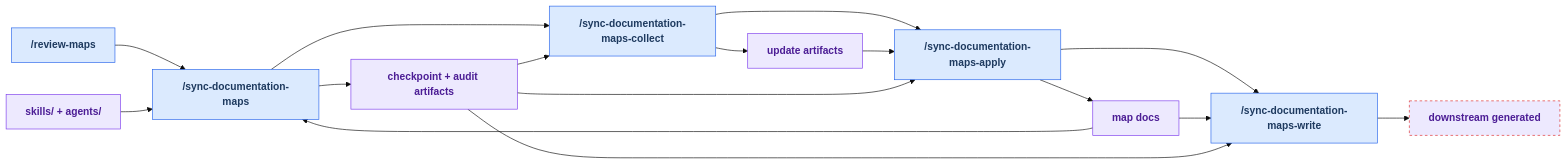
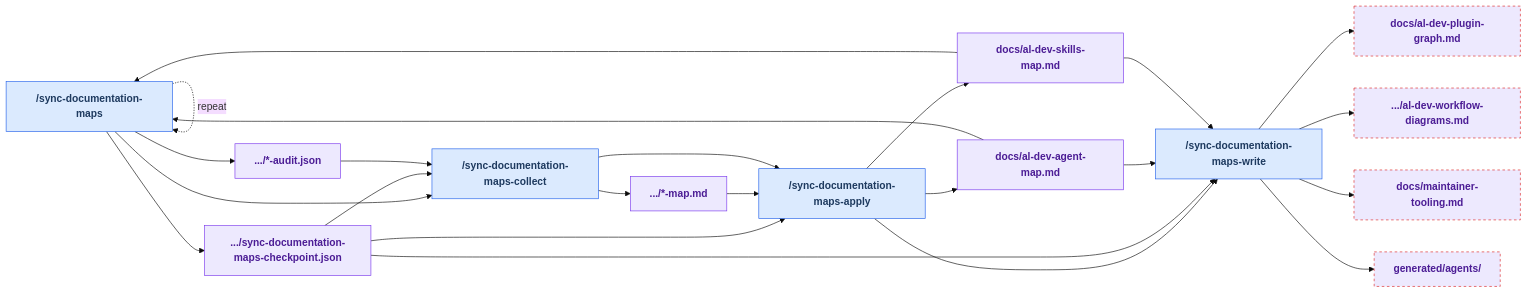
The second of 7 diagrams in docs/maintainer-tooling.md (russell-laing/al-dev-shared), drawn with Mermaid (base theme) before and after one commit. The commit also changed other lines of this file and 2 other files, not shown here.

Commit message:
refactor(tooling): merge review-maps into sync-documentation-maps as --no-update
review-maps was a 2-phase thin wrapper that added only a --no-update print path.
sync-documentation-maps now accepts --no-update directly; review-maps is removed.
Trigger phrases and Quick Reference updated. Closes ledger row 373.

````diff
--- a/docs/maintainer-tooling.md
+++ b/docs/maintainer-tooling.md
@@ -188,46 +184,59 @@
 ```mermaid
 flowchart LR
     classDef userSkill fill:#dbeafe,stroke:#2563eb,color:#1e3a5f,font-weight:bold
     classDef internalSkill fill:#f3f4f6,stroke:#6b7280,color:#374151,stroke-dasharray:5 5,font-weight:bold
     classDef artifact fill:#ede9fe,stroke:#7c3aed,color:#4c1d95,font-weight:bold
     classDef orphanArtifact fill:#ede9fe,stroke:#dc2626,color:#4c1d95,stroke-dasharray:4 4,font-weight:bold
     classDef manualStep fill:#fef3c7,stroke:#d97706,color:#78350f,font-weight:bold
 
-    skill_review_maps["/review-maps"]
     skill_sync_documentation_maps["/sync-documentation-maps"]
+    skill_sync_documentation_maps_apply["/sync-documentation-maps-apply"]
     skill_sync_documentation_maps_collect["/sync-documentation-maps-collect"]
-    skill_sync_documentation_maps_apply["/sync-documentation-maps-apply"]
     skill_sync_documentation_maps_write["/sync-documentation-maps-write"]
-    art_source_dirs["skills/ + agents/"]
-    art_map_docs["map docs"]
-    art_async_checkpoint["checkpoint + audit artifacts"]
-    art_update_artifacts["update artifacts"]
-    art_downstream_generated["downstream generated"]
+    art__dev_sync_documentation_maps_checkpoint_json[".../sync-documentation-maps-checkpoint.json"]
+    art__dev_sync_documentation_maps_runs___audit___audit_json[".../*-audit.json"]
+    art__dev_sync_documentation_maps_runs___updates___map_md[".../*-map.md"]
+    art_docs_al_dev_agent_map_md["docs/al-dev-agent-map.md"]
+    art_docs_al_dev_plugin_graph_md["docs/al-dev-plugin-graph.md"]
+    art_docs_al_dev_skills_map_md["docs/al-dev-skills-map.md"]
+    art_docs_al_dev_workflow_diagrams_md[".../al-dev-workflow-diagrams.md"]
+    art_docs_maintainer_tooling_md["docs/maintainer-tooling.md"]
+    art_profile_al_dev_shared_generated_agents_["generated/agents/"]
 
-    skill_review_maps --> skill_sync_documentation_maps
-    art_source_dirs --> skill_sync_documentation_maps
-    art_map_docs --> skill_sync_documentation_maps
-    skill_sync_documentation_maps --> art_async_checkpoint
+    art_docs_al_dev_agent_map_md --> skill_sync_documentation_maps
+    art_docs_al_dev_skills_map_md --> skill_sync_documentation_maps
+    skill_sync_documentation_maps --> art__dev_sync_documentation_maps_checkpoint_json
+    skill_sync_documentation_maps --> art__dev_sync_documentation_maps_runs___audit___audit_json
     skill_sync_documentation_maps --> skill_sync_documentation_maps_collect
-    art_async_checkpoint --> skill_sync_documentation_maps_collect
-    skill_sync_documentation_maps_collect --> art_update_artifacts
+    skill_sync_documentation_maps -. "repeat" .-> skill_sync_documentation_maps
+    art__dev_sync_documentation_maps_checkpoint_json --> skill_sync_documentation_maps_apply
+    art__dev_sync_documentation_maps_runs___updates___map_md --> skill_sync_documentation_maps_apply
+    skill_sync_documentation_maps_apply --> art_docs_al_dev_agent_map_md
+    skill_sync_documentation_maps_apply --> art_docs_al_dev_skills_map_md
+    skill_sync_documentation_maps_apply --> skill_sync_documentation_maps_write
+    art__dev_sync_documentation_maps_checkpoint_json --> skill_sync_documentation_maps_collect
+    art__dev_sync_documentation_maps_runs___audit___audit_json --> skill_sync_documentation_maps_collect
+    skill_sync_documentation_maps_collect --> art__dev_sync_documentation_maps_runs___updates___map_md
     skill_sync_documentation_maps_collect --> skill_sync_documentation_maps_apply
-    art_update_artifacts --> skill_sync_documentation_maps_apply
-    art_async_checkpoint --> skill_sync_documentation_maps_apply
-    skill_sync_documentation_maps_apply --> art_map_docs
-    skill_sync_documentation_maps_apply --> skill_sync_documentation_maps_write
-    art_map_docs --> skill_sync_documentation_maps_write
-    art_async_checkpoint --> skill_sync_documentation_maps_write
-    skill_sync_documentation_maps_write --> art_downstream_generated
+    art__dev_sync_documentation_maps_checkpoint_json --> skill_sync_documentation_maps_write
+    art_docs_al_dev_agent_map_md --> skill_sync_documentation_maps_write
+    art_docs_al_dev_skills_map_md --> skill_sync_documentation_maps_write
+    skill_sync_documentation_maps_write --> art_docs_al_dev_plugin_graph_md
+    skill_sync_documentation_maps_write --> art_docs_al_dev_workflow_diagrams_md
+    skill_sync_documentation_maps_write --> art_docs_maintainer_tooling_md
+    skill_sync_documentation_maps_write --> art_profile_al_dev_shared_generated_agents_
 
-    class skill_review_maps userSkill
     class skill_sync_documentation_maps userSkill
+    class skill_sync_documentation_maps_apply userSkill
     class skill_sync_documentation_maps_collect userSkill
-    class skill_sync_documentation_maps_apply userSkill
     class skill_sync_documentation_maps_write userSkill
-    class art_source_dirs artifact
-    class art_map_docs artifact
-    class art_async_checkpoint artifact
-    class art_update_artifacts artifact
-    class art_downstream_generated orphanArtifact
+    class art__dev_sync_documentation_maps_checkpoint_json artifact
+    class art__dev_sync_documentation_maps_runs___audit___audit_json artifact
+    class art__dev_sync_documentation_maps_runs___updates___map_md artifact
+    class art_docs_al_dev_agent_map_md artifact
+    class art_docs_al_dev_plugin_graph_md orphanArtifact
+    class art_docs_al_dev_skills_map_md artifact
+    class art_docs_al_dev_workflow_diagrams_md orphanArtifact
+    class art_docs_maintainer_tooling_md orphanArtifact
+    class art_profile_al_dev_shared_generated_agents_ orphanArtifact
 ```
````
